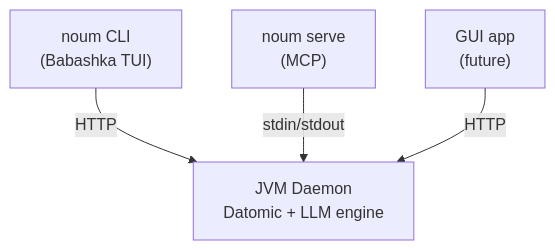
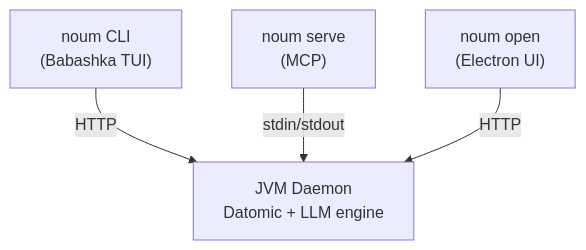
The fourth of 4 diagrams in README.md (leifericf/noumenon), drawn with Mermaid before and after one commit. The commit also changed other lines of this file and 3 other files, not shown here.

````diff
--- a/README.md
+++ b/README.md
@@ -407,11 +408,11 @@
 ```mermaid
 flowchart TB
   noum["noum CLI\n(Babashka TUI)"]
   mcp["noum serve\n(MCP)"]
-  gui["GUI app\n(future)"]
+  gui["noum open\n(Electron UI)"]
   daemon["JVM Daemon\nDatomic + LLM engine"]
 
   noum -->|HTTP| daemon
   mcp -->|stdin/stdout| daemon
   gui -->|HTTP| daemon
 ```
````
